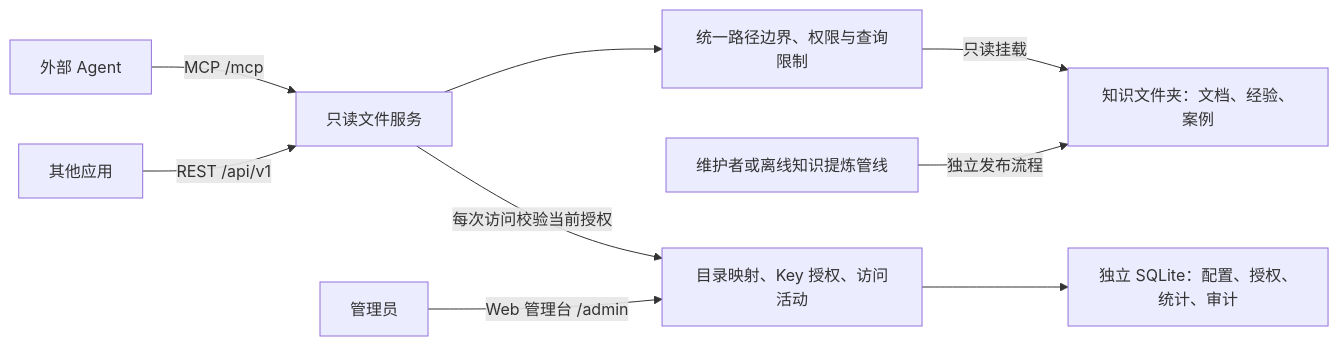
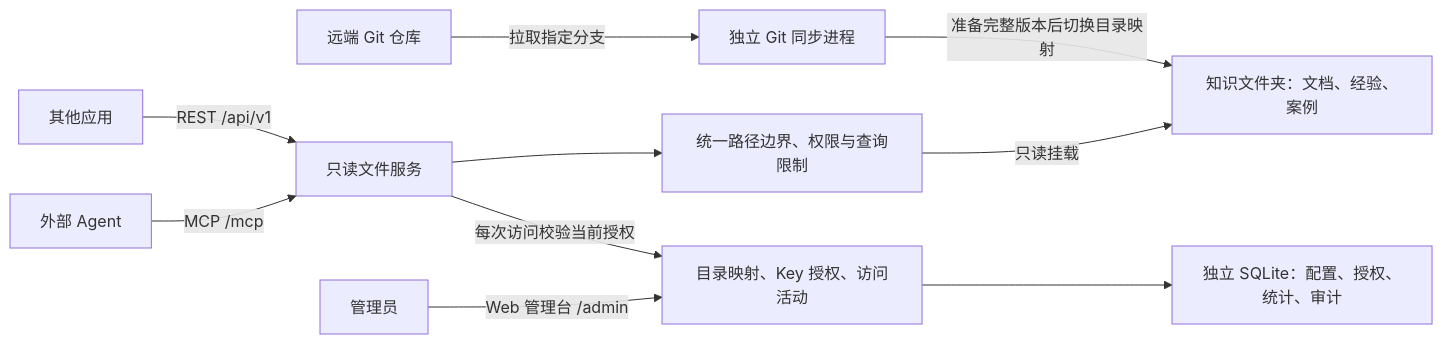
One commit to 1870987237/folder-knowledge-service changed the first of 2 diagrams in README.md. Above: the diagram before and after it, drawn with Mermaid. The commit also changed other lines of this file and 16 other files, not shown here.

````diff
--- a/README.md
+++ b/README.md
@@ -9,11 +9,12 @@
 ```mermaid
 flowchart LR
     A[外部 Agent] -->|MCP /mcp| S[只读文件服务]
     B[其他应用] -->|REST /api/v1| S
     S --> R[统一路径边界、权限与查询限制]
     R -->|只读挂载| K[知识文件夹：文档、经验、案例]
-    W[维护者或离线知识提炼管线] -->|独立发布流程| K
+    G[远端 Git 仓库] -->|拉取指定分支| W[独立 Git 同步进程]
+    W -->|准备完整版本后切换目录映射| K
     U[管理员] -->|Web 管理台 /admin| M[目录映射、Key 授权、访问活动]
     M --> F[独立 SQLite：配置、授权、统计、审计]
     S -->|每次访问校验当前授权| M
 ```
````
